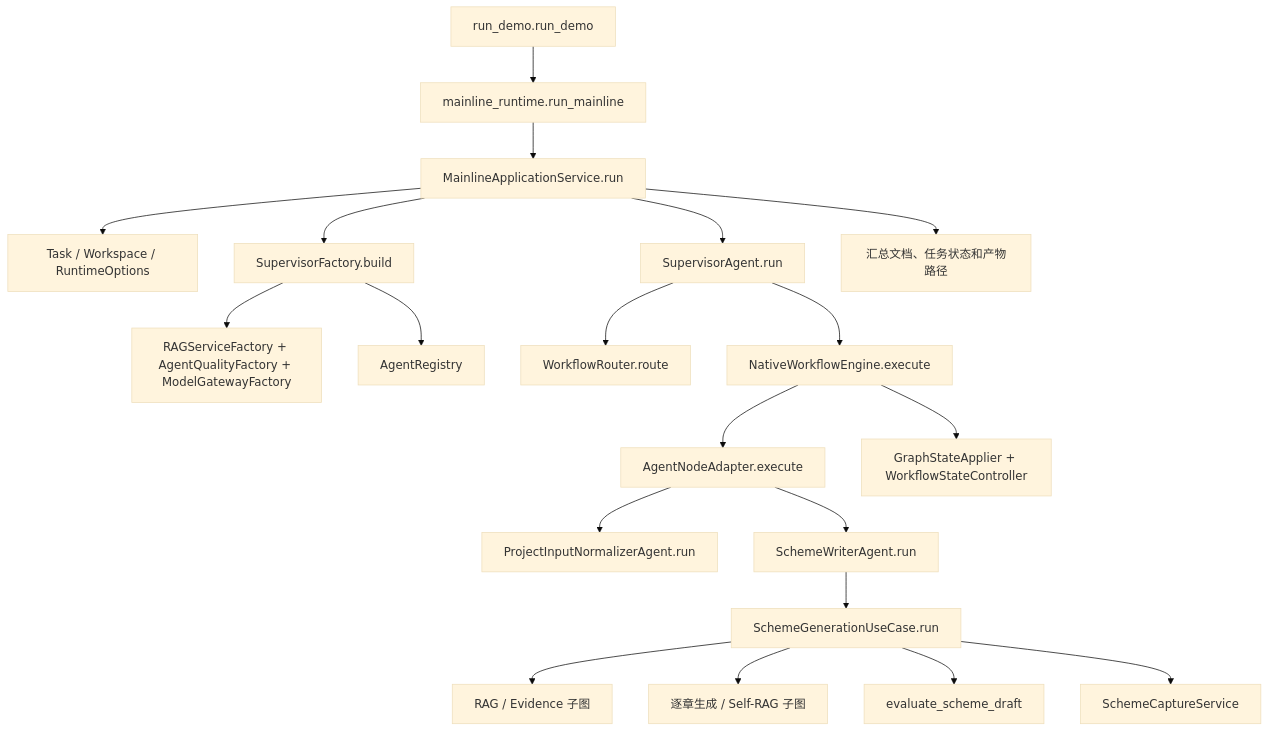
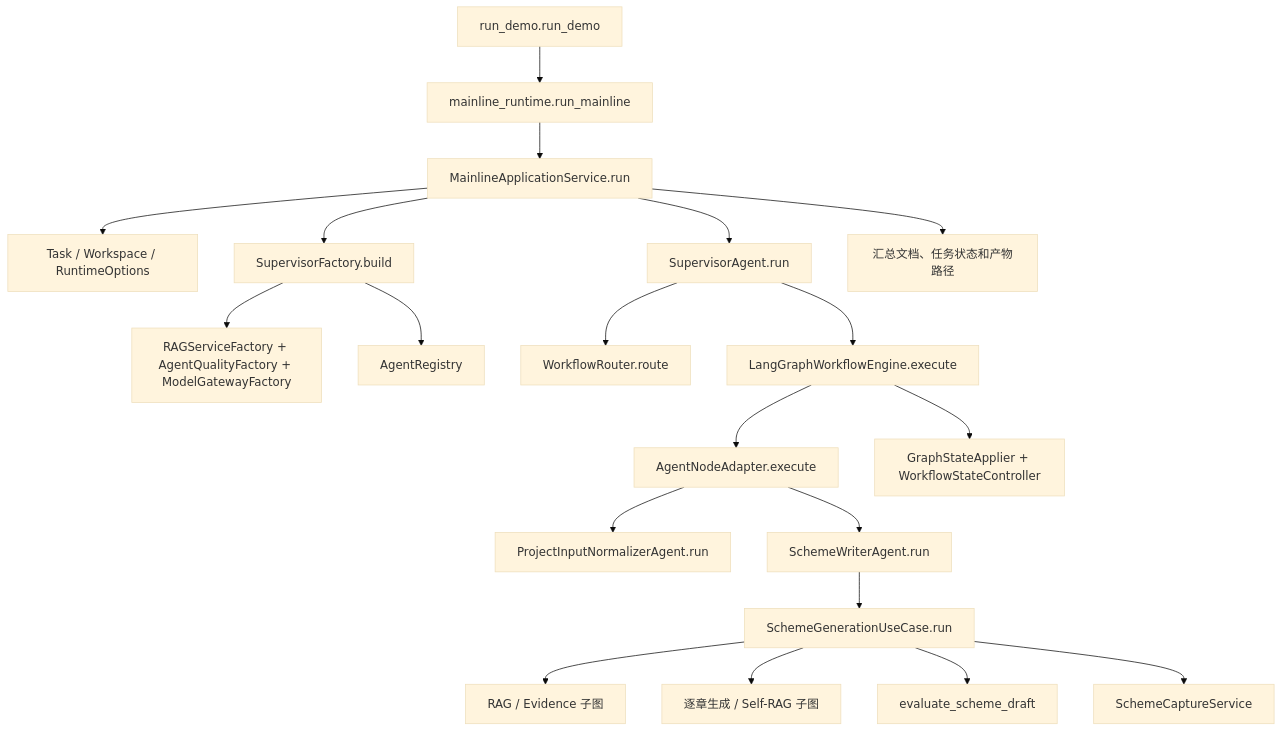
One commit to shangxunhang/enterprise-rag-agent changed the first of 3 diagrams in docs/RUN_DEMO_CALL_GRAPH.md. Above: the diagram before and after it, drawn with Mermaid (base theme). The commit also changed 13 other files, not shown here.

Commit message:
refactor: migrate workflow runtime to LangGraph

````diff
--- a/docs/RUN_DEMO_CALL_GRAPH.md
+++ b/docs/RUN_DEMO_CALL_GRAPH.md
@@ -7,22 +7,22 @@
 ```mermaid
 flowchart TD
     A["run_demo.run_demo"] --> B["mainline_runtime.run_mainline"]
     B --> C["MainlineApplicationService.run"]
     C --> C1["Task / Workspace / RuntimeOptions"]
     C --> C2["SupervisorFactory.build"]
     C2 --> C3["RAGServiceFactory + AgentQualityFactory + ModelGatewayFactory"]
     C2 --> C4["AgentRegistry"]
     C --> D["SupervisorAgent.run"]
     D --> D1["WorkflowRouter.route"]
-    D --> E["NativeWorkflowEngine.execute"]
+    D --> E["LangGraphWorkflowEngine.execute"]
     E --> E1["AgentNodeAdapter.execute"]
     E1 --> N["ProjectInputNormalizerAgent.run"]
     E1 --> S["SchemeWriterAgent.run"]
     S --> U["SchemeGenerationUseCase.run"]
     U --> R["RAG / Evidence 子图"]
     U --> G["逐章生成 / Self-RAG 子图"]
     U --> H["evaluate_scheme_draft"]
     U --> I["SchemeCaptureService"]
     E --> J["GraphStateApplier + WorkflowStateController"]
     C --> K["汇总文档、任务状态和产物路径"]
 ```
````
